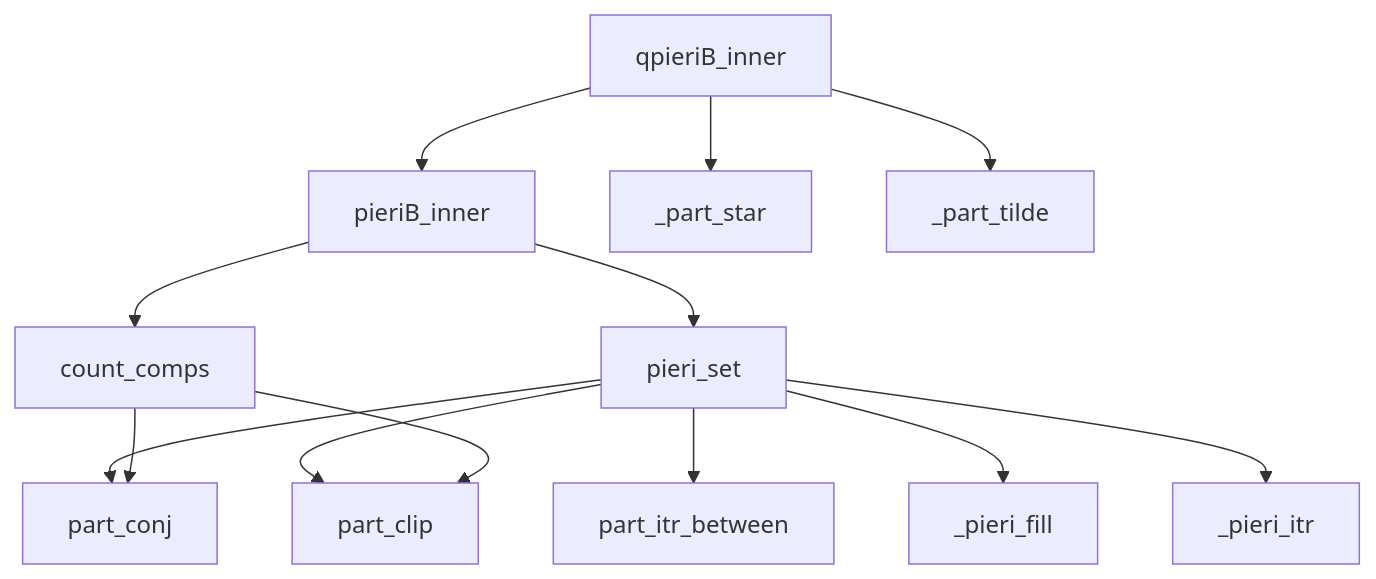
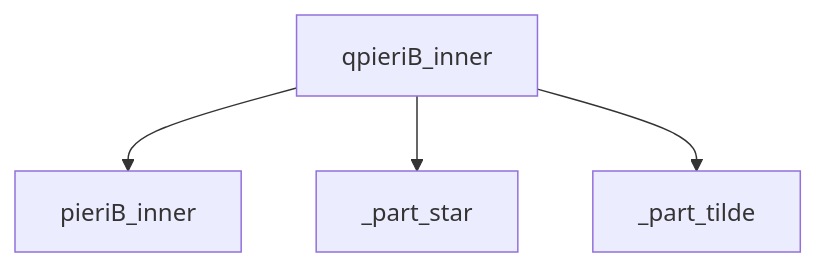
One commit to tranduythanh/schubertpy changed the second of 2 diagrams in pieri_typeB_algorithms.md. Above: the diagram before and after it, drawn with Mermaid. The commit also changed other lines of this file and 6 other files, not shown here.

````diff
--- a/pieri_typeB_algorithms.md
+++ b/pieri_typeB_algorithms.md
@@ -33,21 +33,7 @@
 ```mermaid
 graph TD
     %% Quantum root function
     QA[qpieriB_inner] --> PA[pieriB_inner]
     QA --> PS[_part_star]
-    QA --> PT[_part_tilde]
-    
-    %% Classical dependencies through pieriB_inner
-    PA --> B[pieri_set]
-    PA --> C[count_comps]
-    
-    %% Dependencies
-    B --> D[part_conj]
-    B --> E[part_clip]
-    B --> F[part_itr_between]
-    B --> G[_pieri_fill]
-    B --> H[_pieri_itr]
-    
-    C --> D
-    C --> E
+    QA --> PT[_part_tilde]    
 ```
````
